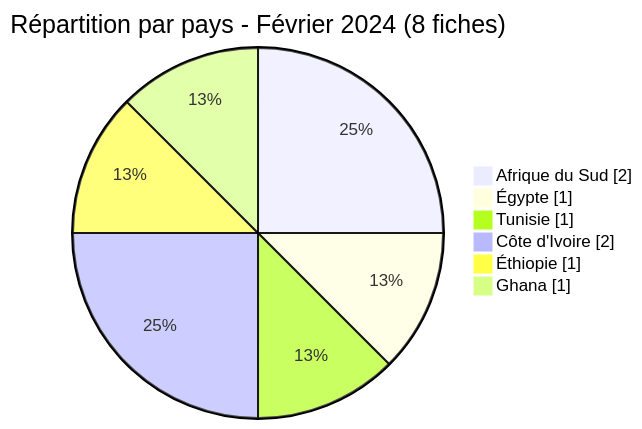
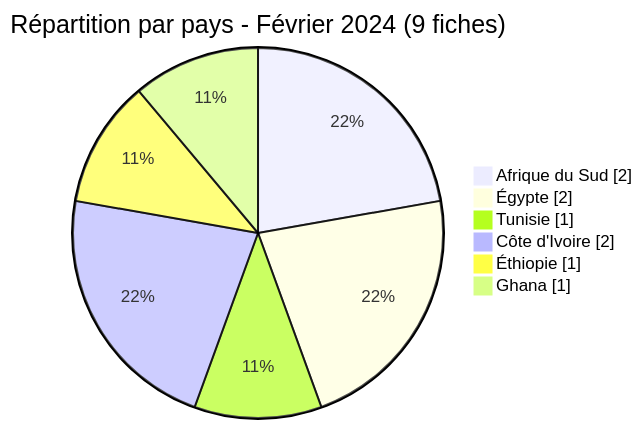
One commit to Hatchepsoute/AFRINTEL changed the second of 5 diagrams in CyberAttackAfrica/2024/02-february/README_FR.md. Above: the diagram before and after it, drawn with Mermaid. The commit also changed other lines of this file and 17 other files, not shown here.

````diff
--- a/CyberAttackAfrica/2024/02-february/README_FR.md
+++ b/CyberAttackAfrica/2024/02-february/README_FR.md
@@ -67,10 +69,10 @@
 ```mermaid
 pie showData
-    title Répartition par pays - Février 2024 (8 fiches)
+    title Répartition par pays - Février 2024 (9 fiches)
     "Afrique du Sud" : 2
-    "Égypte" : 1
+    "Égypte" : 2
     "Tunisie" : 1
     "Côte d'Ivoire" : 2
     "Éthiopie" : 1
     "Ghana" : 1
 ```
````
